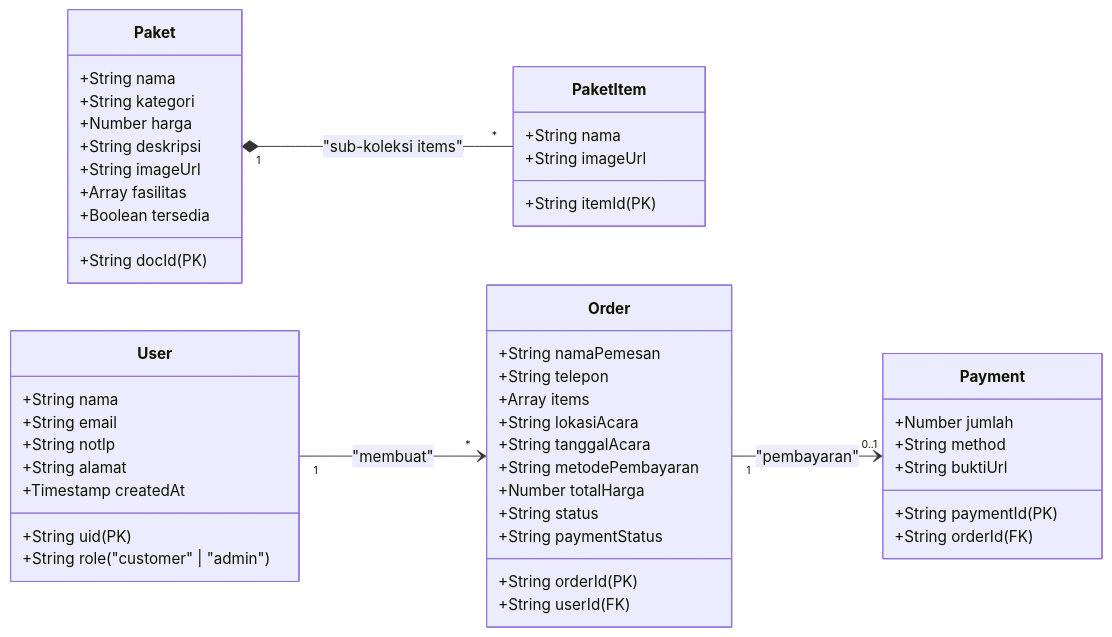
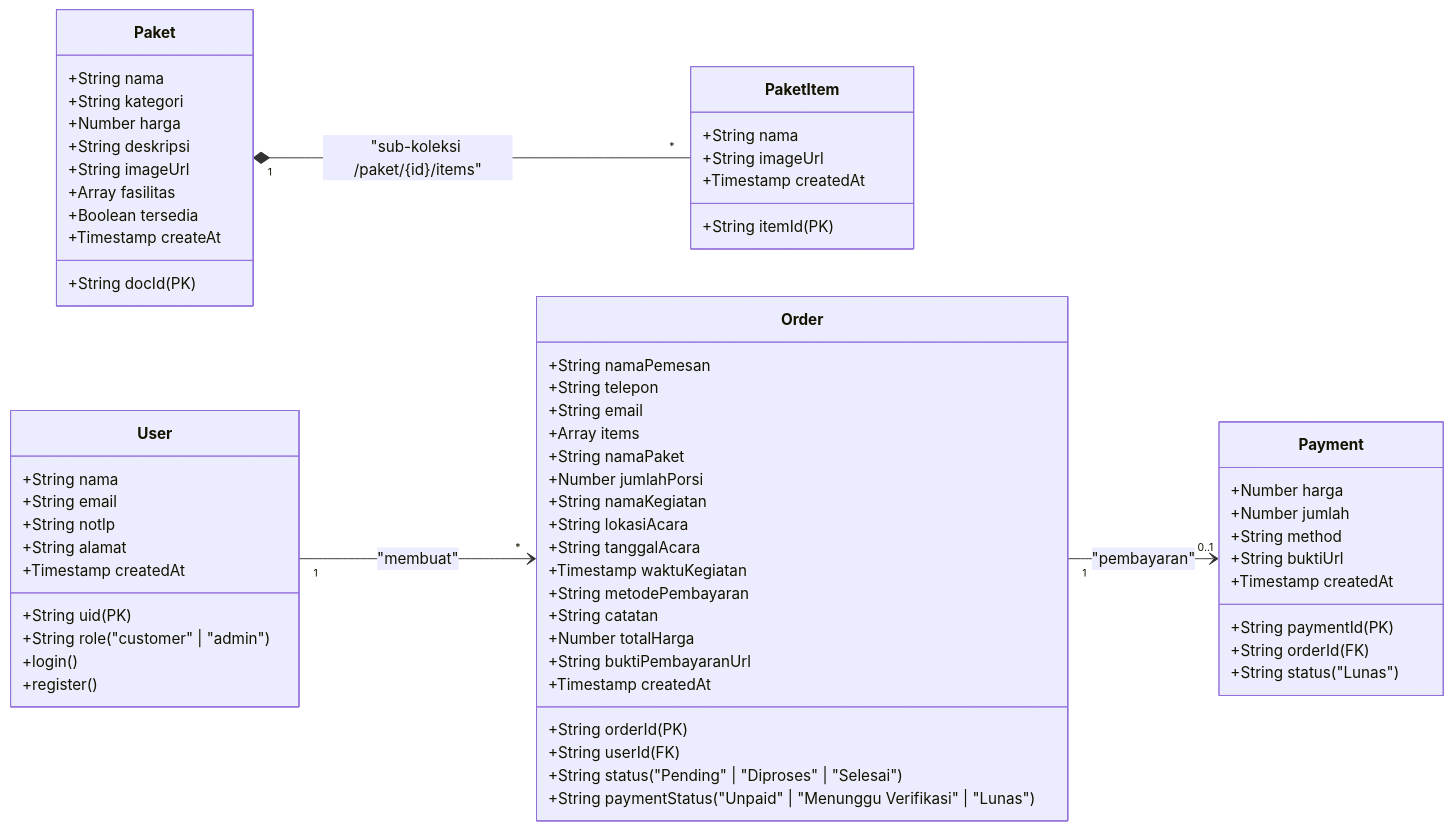
Before and after one commit to adriannicholasl/nadyacatering: the first of 3 diagrams in readme.md, drawn with Mermaid. The commit also changed other lines of this file, not shown here.

````diff
--- a/readme.md
+++ b/readme.md
@@ -112,57 +78,72 @@
 ```mermaid
 classDiagram
     direction LR
 
     class User {
         +String uid (PK)
         +String nama
         +String email
         +String notlp
         +String alamat
         +String role ("customer" | "admin")
         +Timestamp createdAt
+        +login()
+        +register()
     }
 
     class Paket {
         +String docId (PK)
         +String nama
         +String kategori
         +Number harga
         +String deskripsi
         +String imageUrl
         +Array fasilitas
         +Boolean tersedia
+        +Timestamp createAt
     }
 
     class PaketItem {
         +String itemId (PK)
         +String nama
         +String imageUrl
+        +Timestamp createdAt
     }
 
     class Order {
         +String orderId (PK)
         +String userId (FK)
         +String namaPemesan
         +String telepon
+        +String email
         +Array items
+        +String namaPaket
+        +Number jumlahPorsi
+        +String namaKegiatan
         +String lokasiAcara
         +String tanggalAcara
+        +Timestamp waktuKegiatan
         +String metodePembayaran
+        +String catatan
         +Number totalHarga
-        +String status
-        +String paymentStatus
+        +String status ("Pending" | "Diproses" | "Selesai")
+        +String paymentStatus ("Unpaid" | "Menunggu Verifikasi" | "Lunas")
+        +String buktiPembayaranUrl
+        +Timestamp createdAt
     }
 
     class Payment {
         +String paymentId (PK)
         +String orderId (FK)
+        +Number harga
         +Number jumlah
         +String method
         +String buktiUrl
+        +String status ("Lunas")
+        +Timestamp createdAt
     }
 
     User "1" --> "*" Order : "membuat"
-    Paket "1" *-- "*" PaketItem : "sub-koleksi items"
+    Paket "1" *-- "*" PaketItem : "sub-koleksi /paket/{id}/items"
     Order "1" --> "0..1" Payment : "pembayaran"
 ```
````
